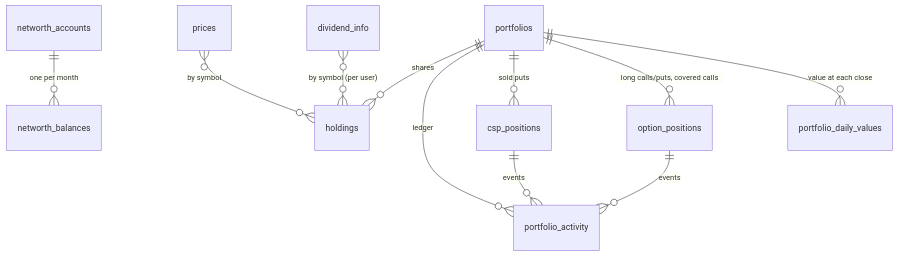
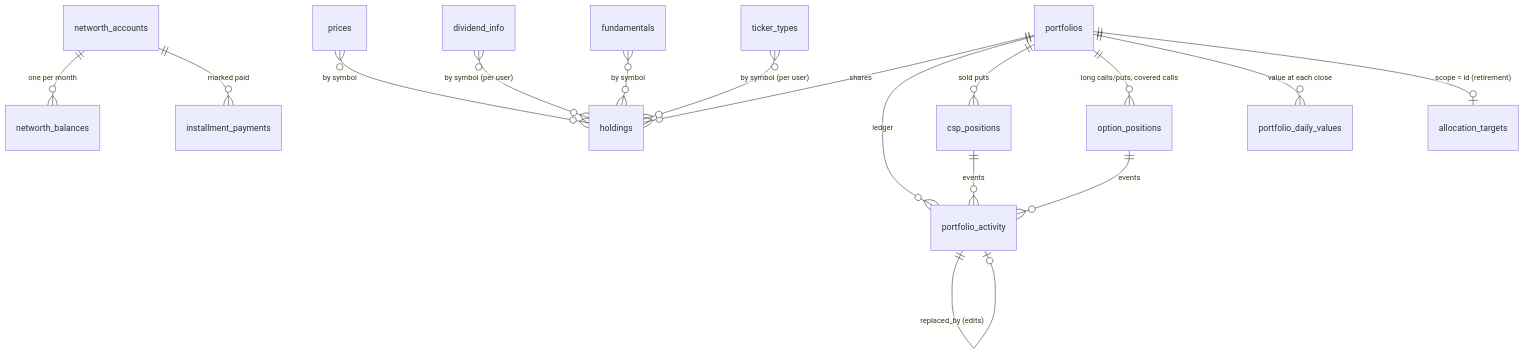
One commit to northcrosstech/Trading-Journal changed the second of 8 diagrams in docs/DATA_FLOWS.md. Above: the diagram before and after it, drawn with Mermaid. The commit also changed other lines of this file and 7 other files, not shown here.

Commit message:
docs: user guide, root README, and docs updated for wealth, ledger, research and allocation

````diff
--- a/docs/DATA_FLOWS.md
+++ b/docs/DATA_FLOWS.md
@@ -42,13 +43,18 @@
 ```mermaid
 erDiagram
     networth_accounts ||--o{ networth_balances : "one per month"
+    networth_accounts ||--o{ installment_payments : "marked paid"
     portfolios ||--o{ holdings : "shares"
     portfolios ||--o{ portfolio_activity : "ledger"
     portfolios ||--o{ csp_positions : "sold puts"
     portfolios ||--o{ option_positions : "long calls/puts, covered calls"
     portfolios ||--o{ portfolio_daily_values : "value at each close"
     csp_positions ||--o{ portfolio_activity : "events"
     option_positions ||--o{ portfolio_activity : "events"
+    portfolio_activity ||--o| portfolio_activity : "replaced_by (edits)"
     prices }o--o{ holdings : "by symbol"
     dividend_info }o--o{ holdings : "by symbol (per user)"
+    fundamentals }o--o{ holdings : "by symbol"
+    ticker_types }o--o{ holdings : "by symbol (per user)"
+    portfolios ||--o| allocation_targets : "scope = id (retirement)"
 ```
````
